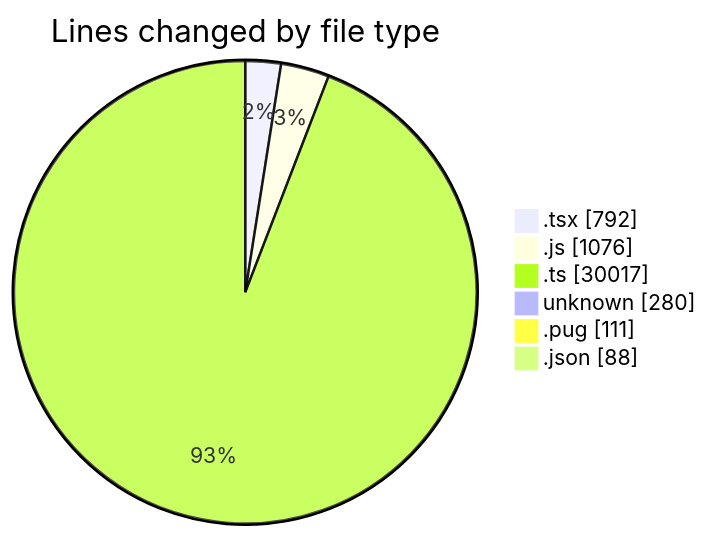
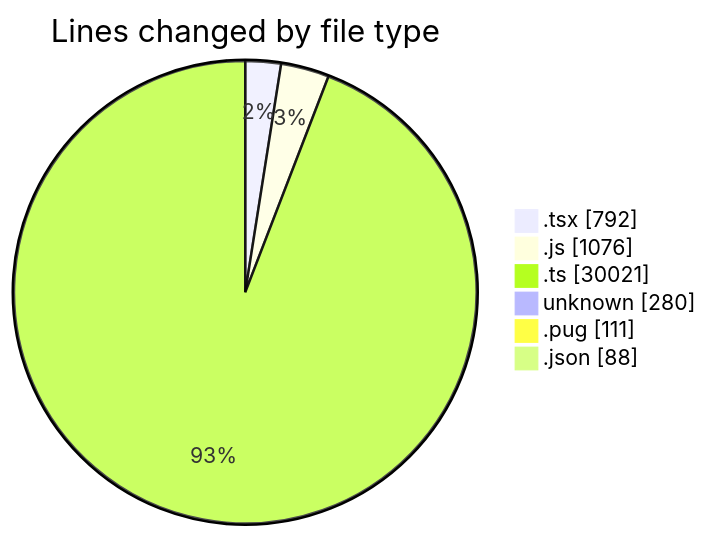
One commit to momahboobian/code-tracking changed the first of 2 diagrams in 2026-06-03/cda/README.md. Above: the diagram before and after it, drawn with Mermaid. The commit also changed other lines of this file and 1 other file, not shown here.

````diff
--- a/2026-06-03/cda/README.md
+++ b/2026-06-03/cda/README.md
@@ -44,10 +44,10 @@
 ```mermaid
 pie showData
 title Lines changed by file type
 ".tsx" : 792
 ".js" : 1076
-".ts" : 30017
+".ts" : 30021
 "unknown" : 280
 ".pug" : 111
 ".json" : 88
 ```
````
